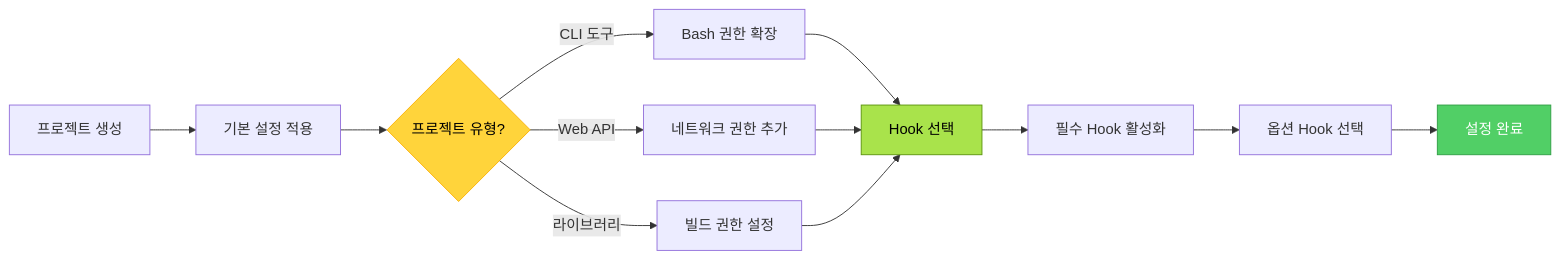
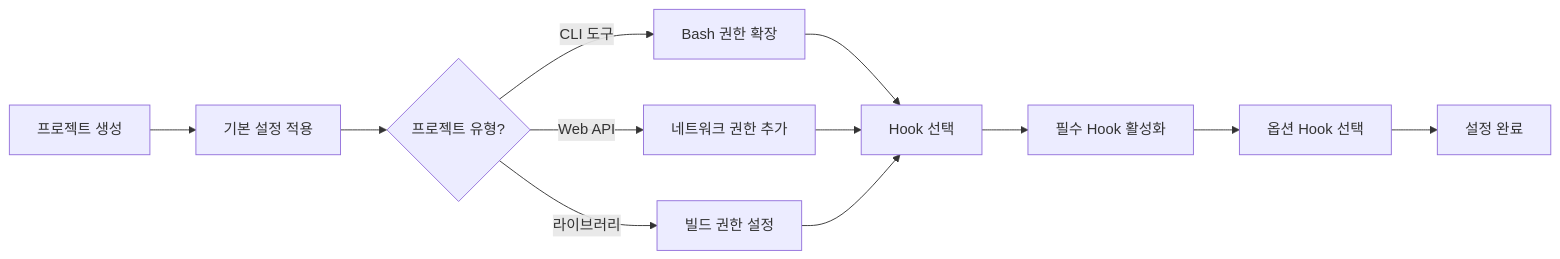
One commit to modu-ai/moai-adk changed the sixth of 7 diagrams in docs/claude/agents/cc-manager.md. Above: the diagram before and after it, drawn with Mermaid. The commit also changed other lines of this file and 299 other files, not shown here.

First line of the commit message:
🎨 feat: Mermaid 다크/라이트 테마 대응 + trust-checker 통합

````diff
--- a/docs/claude/agents/cc-manager.md
+++ b/docs/claude/agents/cc-manager.md
@@ -516,20 +497,17 @@
 ```mermaid
 graph LR
     A[프로젝트 생성] --> B[기본 설정 적용]
     B --> C{프로젝트 유형?}
     C -->|CLI 도구| D[Bash 권한 확장]
     C -->|Web API| E[네트워크 권한 추가]
     C -->|라이브러리| F[빌드 권한 설정]
 
     D --> G[Hook 선택]
     E --> G
     F --> G
 
     G --> H[필수 Hook 활성화]
     H --> I[옵션 Hook 선택]
     I --> J[설정 완료]
 
-    style C fill:#ffd43b,stroke:#fab005,color:#000
-    style G fill:#a9e34b,stroke:#5c940d,color:#000
-    style J fill:#51cf66,stroke:#2f9e44,color:#fff
 ```
````
